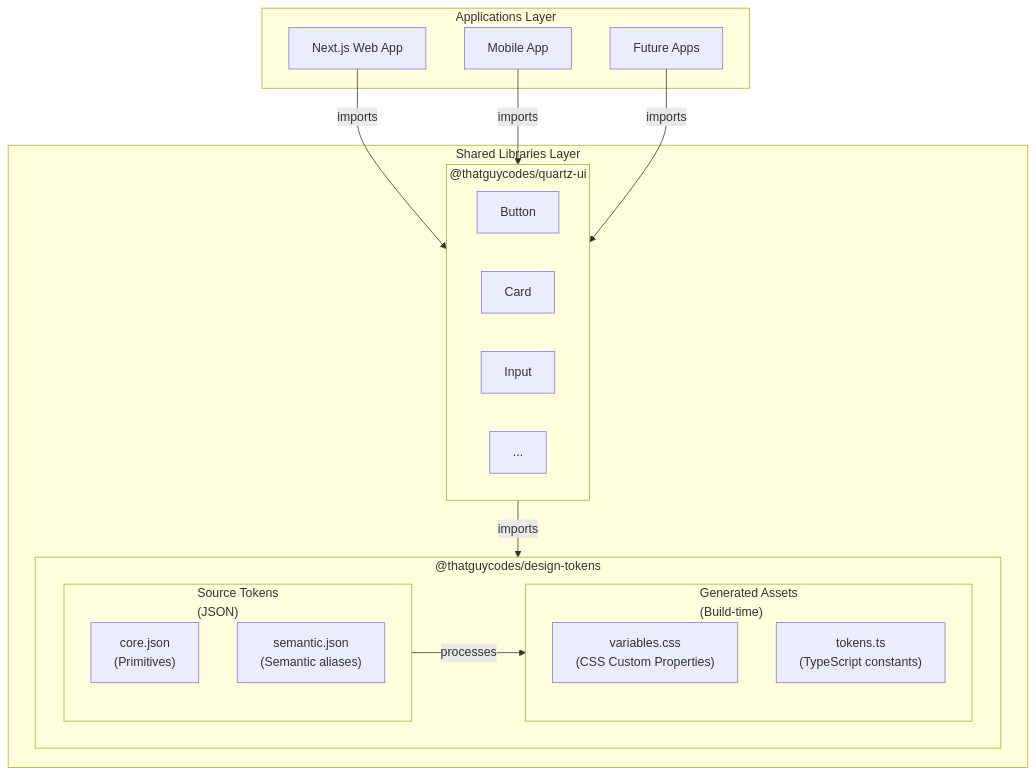
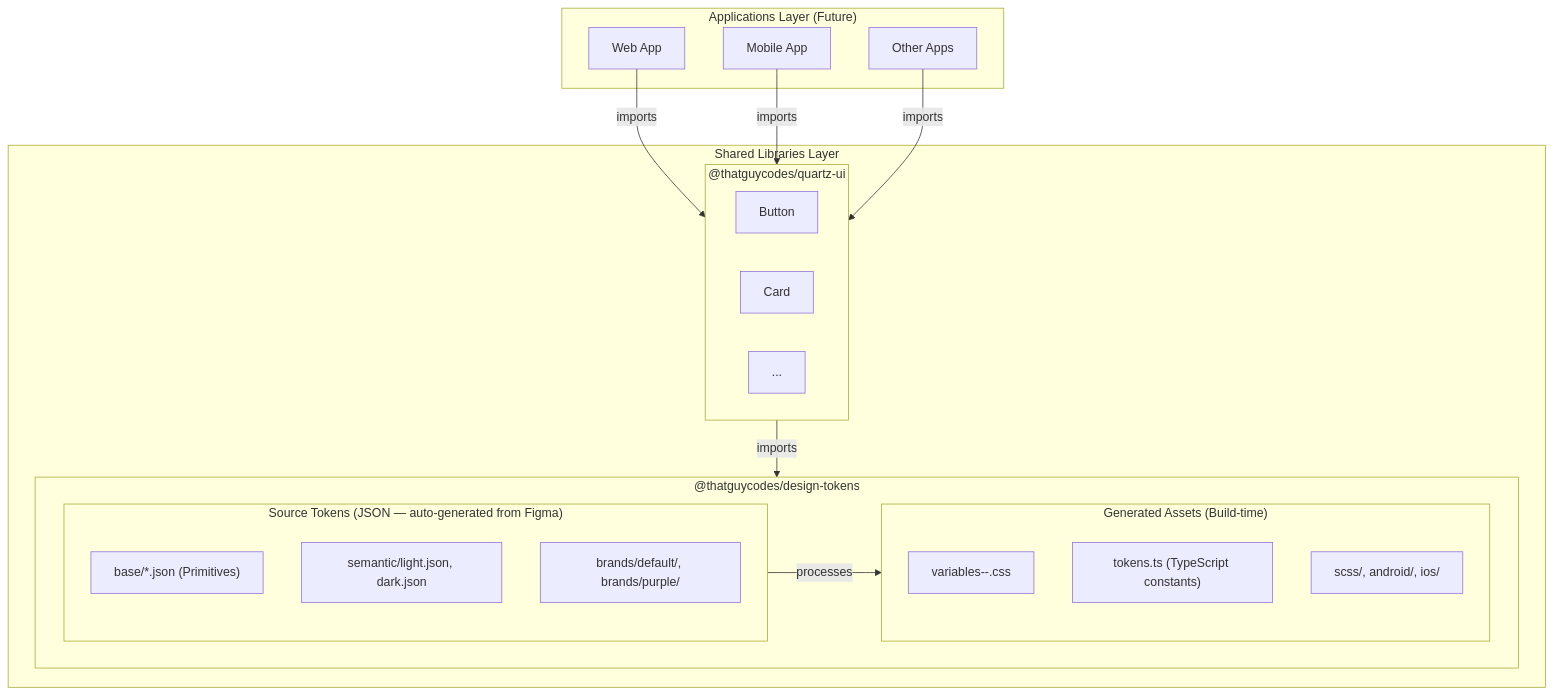
One commit to thatguycodes/quartz-xp changed the second of 4 diagrams in docs/ARCHITECTURE.md. Above: the diagram before and after it, drawn with Mermaid. The commit also changed other lines of this file and 10 other files, not shown here.

````diff
--- a/docs/ARCHITECTURE.md
+++ b/docs/ARCHITECTURE.md
@@ -147,37 +155,38 @@
 ```mermaid
 graph TD
-    subgraph apps["Applications Layer"]
-        web["Next.js Web App"]
+    subgraph apps["Applications Layer (Future)"]
+        web["Web App"]
         mobile["Mobile App"]
-        future["Future Apps"]
+        future["Other Apps"]
     end
-    
+
     subgraph shared["Shared Libraries Layer"]
         subgraph ui["@thatguycodes/quartz-ui"]
             button["Button"]
             card["Card"]
-            input["Input"]
             more["..."]
         end
-        
+
         subgraph tokens["@thatguycodes/design-tokens"]
-            subgraph generated["Generated Assets<br/>(Build-time)"]
-                css["variables.css<br/>(CSS Custom Properties)"]
-                ts["tokens.ts<br/>(TypeScript constants)"]
+            subgraph generated["Generated Assets (Build-time)"]
+                css["variables-<brand>-<theme>.css"]
+                ts["tokens.ts (TypeScript constants)"]
+                other["scss/, android/, ios/"]
             end
-            
-            subgraph source["Source Tokens<br/>(JSON)"]
-                core["core.json<br/>(Primitives)"]
-                semantic["semantic.json<br/>(Semantic aliases)"]
+
+            subgraph source["Source Tokens (JSON — auto-generated from Figma)"]
+                base["base/*.json (Primitives)"]
+                semantic["semantic/light.json, dark.json"]
+                brands["brands/default/, brands/purple/"]
             end
-            
+
             source -->|processes| generated
         end
     end
-    
+
     web -->|imports| ui
     mobile -->|imports| ui
     future -->|imports| ui
-    
+
     ui -->|imports| tokens
 ```
````
